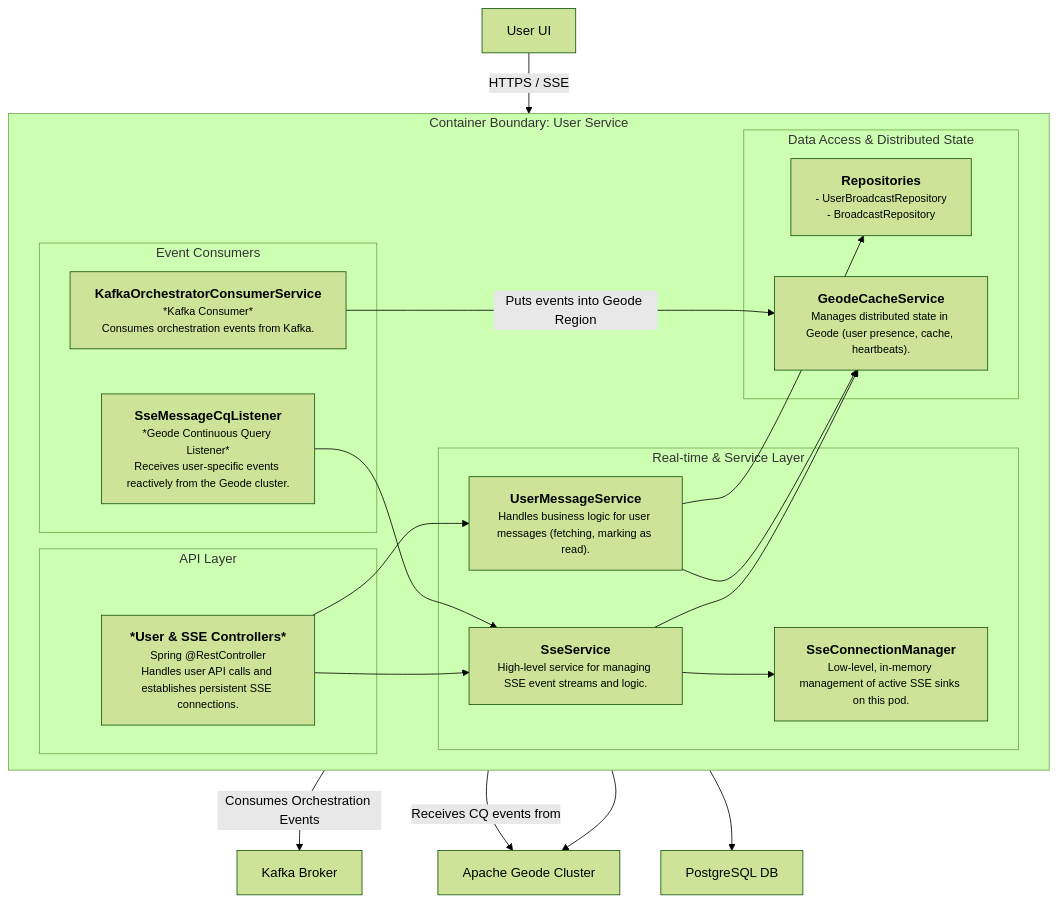
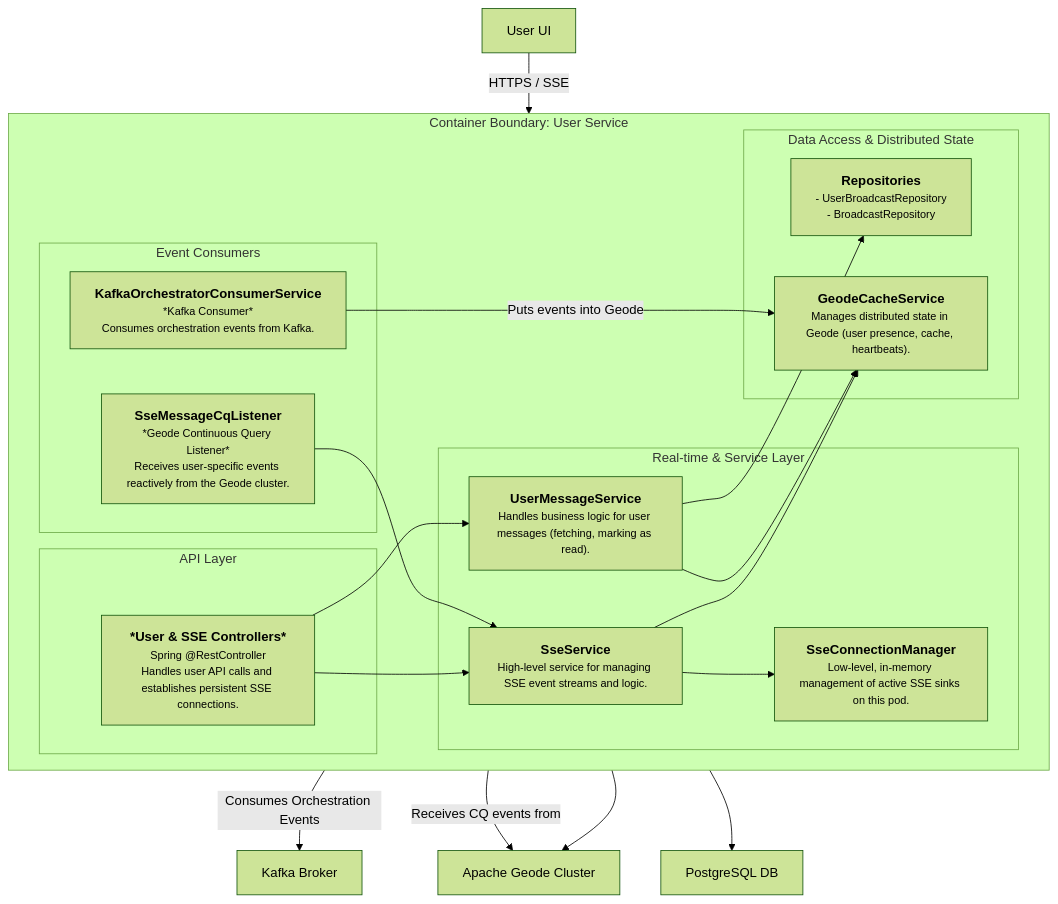
One commit to rsrini7/Notification-SSE-GLM-Flux changed the diagram in MermaidDiagrams/c4-component-user-service.mmd. Above: the diagram before and after it, drawn with Mermaid (forest theme). The commit also changed 4 other files, not shown here.

Commit message:
updated docs mermaid diagrams

```diff
--- a/MermaidDiagrams/c4-component-user-service.mmd
+++ b/MermaidDiagrams/c4-component-user-service.mmd
@@ -1,49 +1,49 @@
 graph TD
     subgraph "Container Boundary: User Service"
         direction LR
 
         subgraph "API Layer"
             UserControllers["<div style='font-weight:bold'>*User & SSE Controllers*</div><div style='font-size: smaller;'>Spring @RestController</div><div style='font-size: smaller;'>Handles user API calls and establishes persistent SSE connections.</div>"]
         end
 
         subgraph "Real-time & Service Layer"
             SseService["<div style='font-weight:bold'>SseService</div><div style='font-size: smaller;'>High-level service for managing SSE event streams and logic.</div>"]
             SseManager["<div style='font-weight:bold'>SseConnectionManager</div><div style='font-size: smaller;'>Low-level, in-memory management of active SSE sinks on this pod.</div>"]
             UserMessageService["<div style='font-weight:bold'>UserMessageService</div><div style='font-size: smaller;'>Handles business logic for user messages (fetching, marking as read).</div>"]
         end
         
         subgraph "Event Consumers"
             Orchestrator["<div style='font-weight:bold'>KafkaOrchestratorConsumerService</div><div style='font-size: smaller;'>*Kafka Consumer*<br/>Consumes orchestration events from Kafka.</div>"]
             CqListener["<div style='font-weight:bold'>SseMessageCqListener</div><div style='font-size: smaller;'>*Geode Continuous Query Listener*<br/>Receives user-specific events reactively from the Geode cluster.</div>"]
         end
 
         subgraph "Data Access & Distributed State"
             Repositories["<div style='font-weight:bold'>Repositories</div><div style='font-size: smaller;'>- UserBroadcastRepository<br/>- BroadcastRepository</div>"]
             GeodeManager["<div style='font-weight:bold'>GeodeCacheService</div><div style='font-size: smaller;'>Manages distributed state in Geode (user presence, cache, heartbeats).</div>"]
         end
     end
 
     %% External Systems
     UserUI[User UI]
     Kafka[Kafka Broker]
     Postgres[PostgreSQL DB]
     Geode[Apache Geode Cluster]
     
     %% Relationships
     UserUI -- "HTTPS / SSE" --> UserControllers
     UserControllers --> SseService
     UserControllers --> UserMessageService
     
     SseService --> SseManager
     SseService --> GeodeManager
     UserMessageService --> Repositories
     UserMessageService --> GeodeManager
 
     Orchestrator -- "Consumes Orchestration Events" --> Kafka
-    Orchestrator -- "Puts events into Geode Region" --> GeodeManager
+    Orchestrator -- "Puts events into Geode" --> GeodeManager
     
     CqListener -- "Receives CQ events from" --> Geode
     CqListener --> SseService
     
     Repositories --> Postgres
     GeodeManager --> Geode
```
